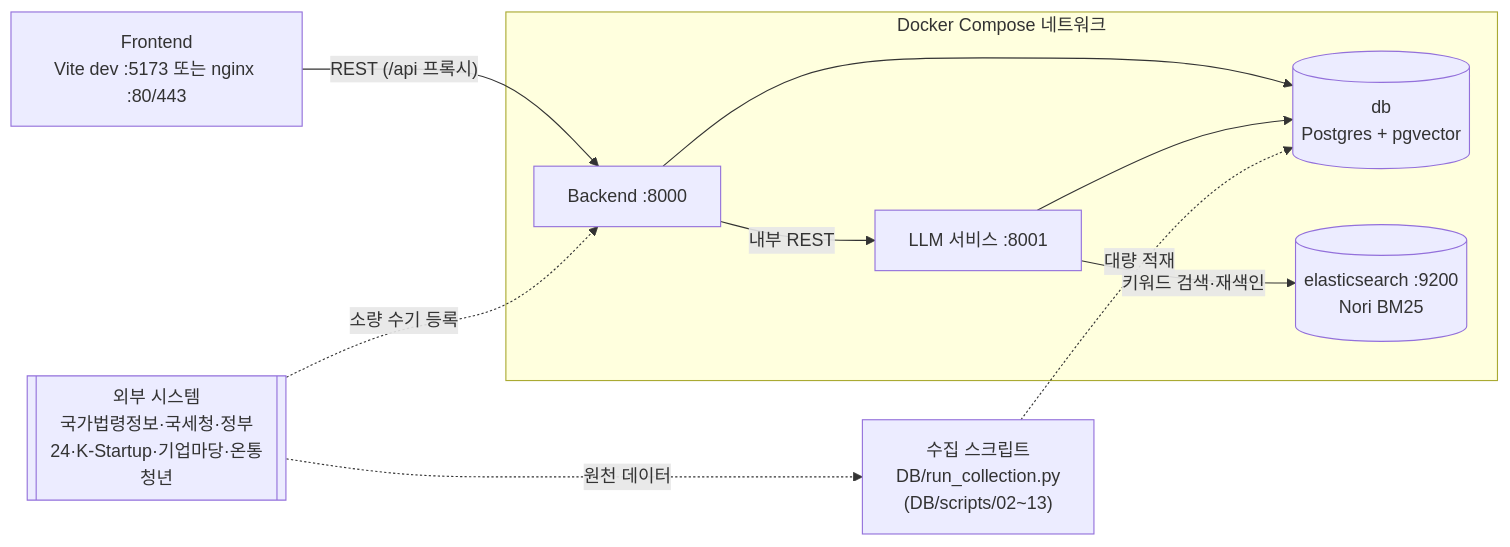
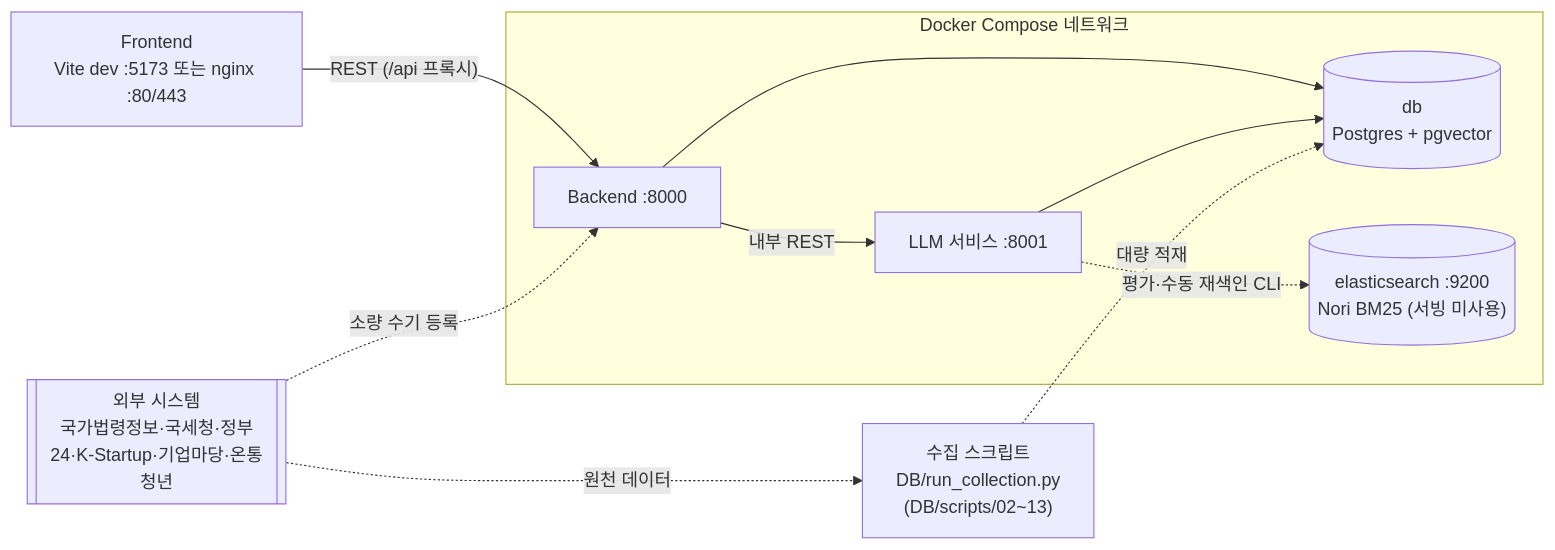
Before and after one commit to SKNETWORKS-FAMILY-AICAMP/SKN34-4th-3Team: the first of 2 diagrams in Docs/Design/ARCHITECTURE.md, drawn with Mermaid. The commit also changed other lines of this file and 20 other files, not shown here.

````diff
--- a/Docs/Design/ARCHITECTURE.md
+++ b/Docs/Design/ARCHITECTURE.md
@@ -7,23 +7,23 @@
 ```mermaid
 flowchart LR
     FE["Frontend<br/>Vite dev :5173 또는 nginx :80/443"]
 
     subgraph Docker["Docker Compose 네트워크"]
         BE["Backend :8000"]
         LLM["LLM 서비스 :8001"]
         DB[("db<br/>Postgres + pgvector")]
-        ES[("elasticsearch :9200<br/>Nori BM25")]
+        ES[("elasticsearch :9200<br/>Nori BM25 (서빙 미사용)")]
     end
 
     Ext[["외부 시스템<br/>국가법령정보·국세청·정부24·K-Startup·기업마당·온통청년"]]
     Scripts["수집 스크립트<br/>DB/run_collection.py<br/>(DB/scripts/02~13)"]
 
     FE -->|"REST (/api 프록시)"| BE
     BE -->|내부 REST| LLM
     BE --> DB
     LLM --> DB
-    LLM -->|키워드 검색·재색인| ES
+    LLM -.->|평가·수동 재색인 CLI| ES
     Ext -. 원천 데이터 .-> Scripts
     Scripts -. 대량 적재 .-> DB
     Ext -. 소량 수기 등록 .-> BE
 ```
````
